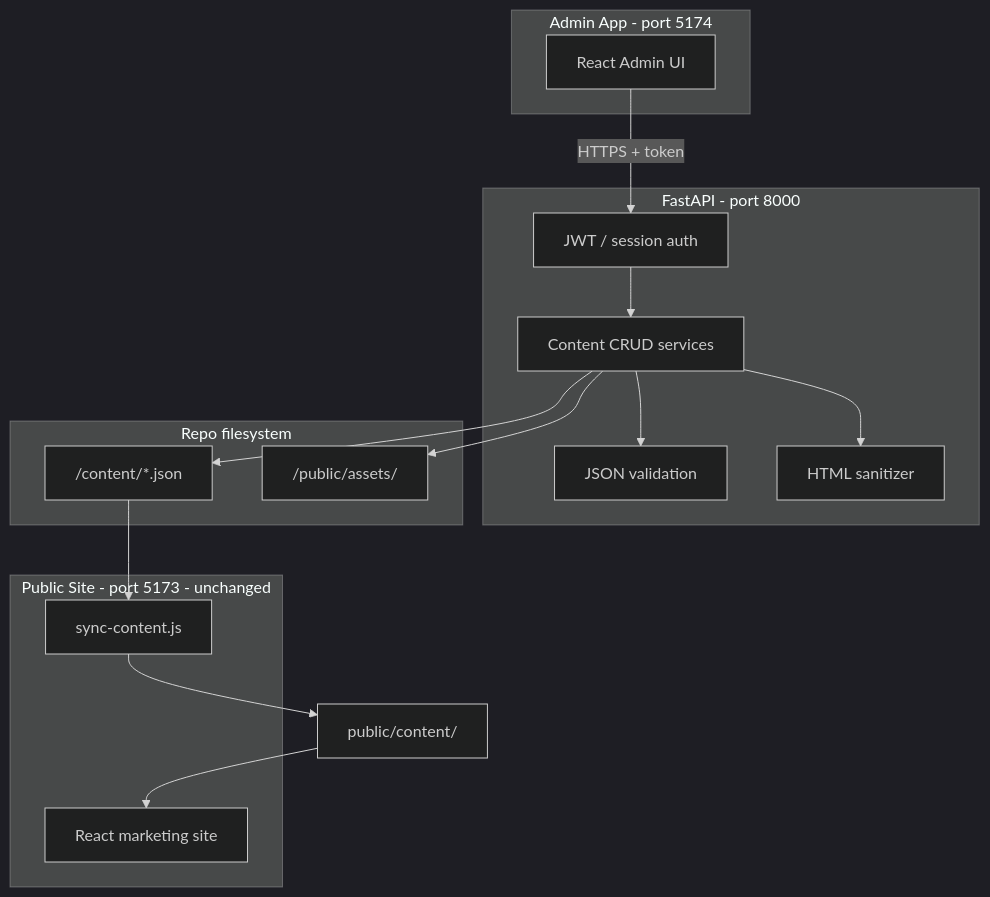
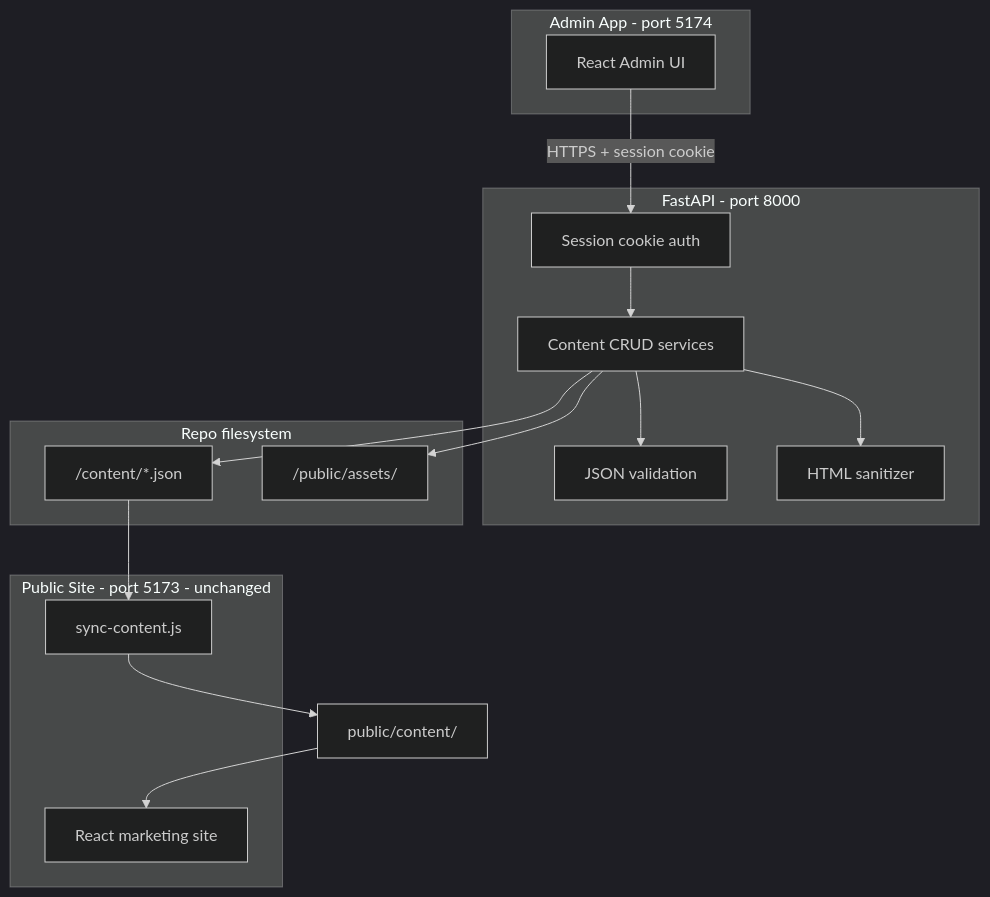
One commit to Husky1711/eagle_logistics_new changed the diagram in PROJECT2.md. Above: the diagram before and after it, drawn with Mermaid (dark theme). The commit also changed other lines of this file and 9 other files, not shown here.

First line of the commit message:
Fix auth CORS, session, and logout handling for browser admin login.

````diff
--- a/PROJECT2.md
+++ b/PROJECT2.md
@@ -67,31 +67,31 @@
 ```mermaid
 flowchart TB
   subgraph admin [Admin App - port 5174]
     AUI[React Admin UI]
   end
 
   subgraph api [FastAPI - port 8000]
-    AUTH[JWT / session auth]
+    AUTH[Session cookie auth]
     CRUD[Content CRUD services]
     VAL[JSON validation]
     SAN[HTML sanitizer]
   end
 
   subgraph storage [Repo filesystem]
     C["/content/*.json"]
     ASSETS["/public/assets/"]
   end
 
   subgraph public [Public Site - port 5173 - unchanged]
     P1[React marketing site]
     SYNC[sync-content.js]
   end
 
-  AUI -->|HTTPS + token| AUTH --> CRUD
+  AUI -->|HTTPS + session cookie| AUTH --> CRUD
   CRUD --> VAL
   CRUD --> SAN
   CRUD --> C
   CRUD --> ASSETS
   C --> SYNC --> PC[public/content/]
   PC --> P1
 ```
````
